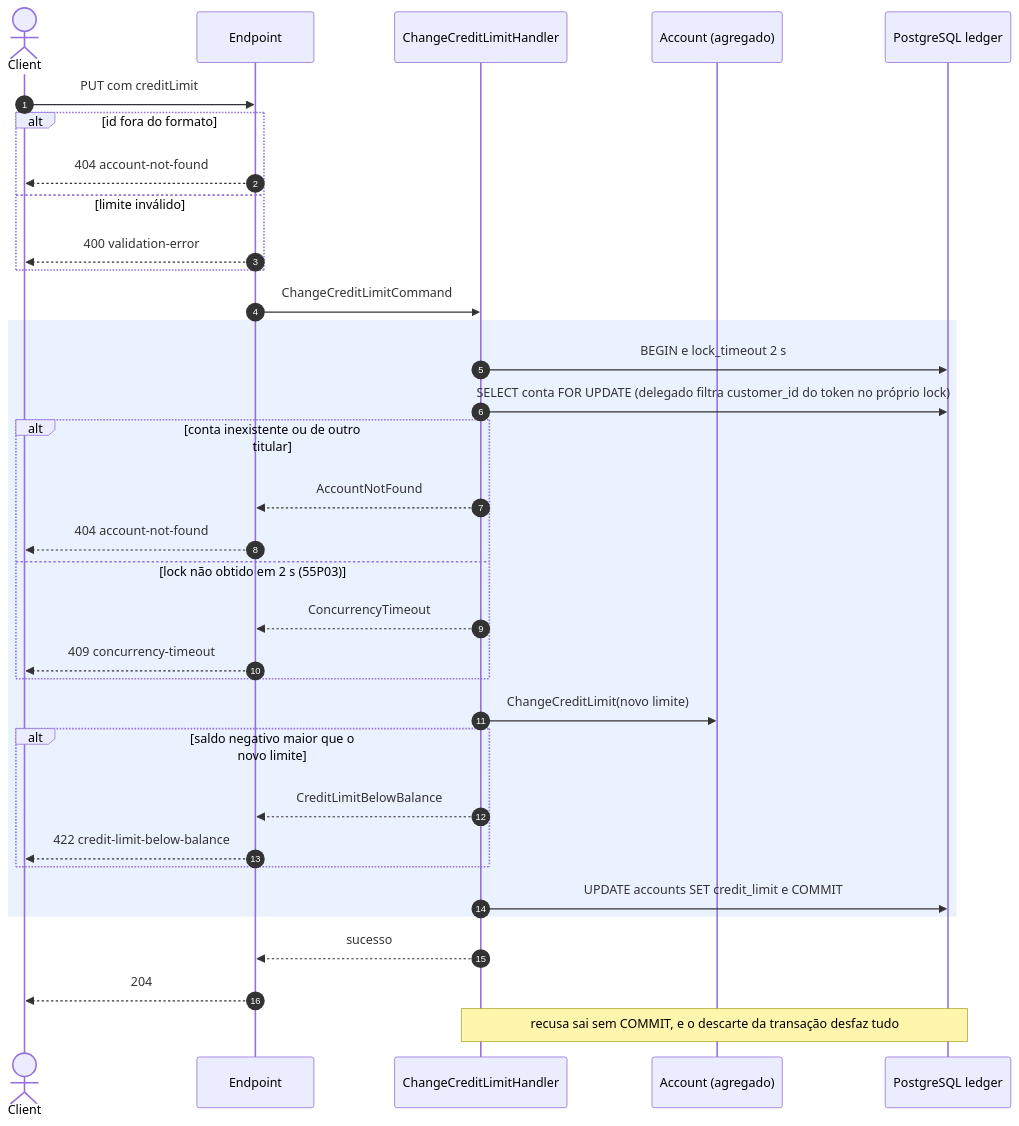
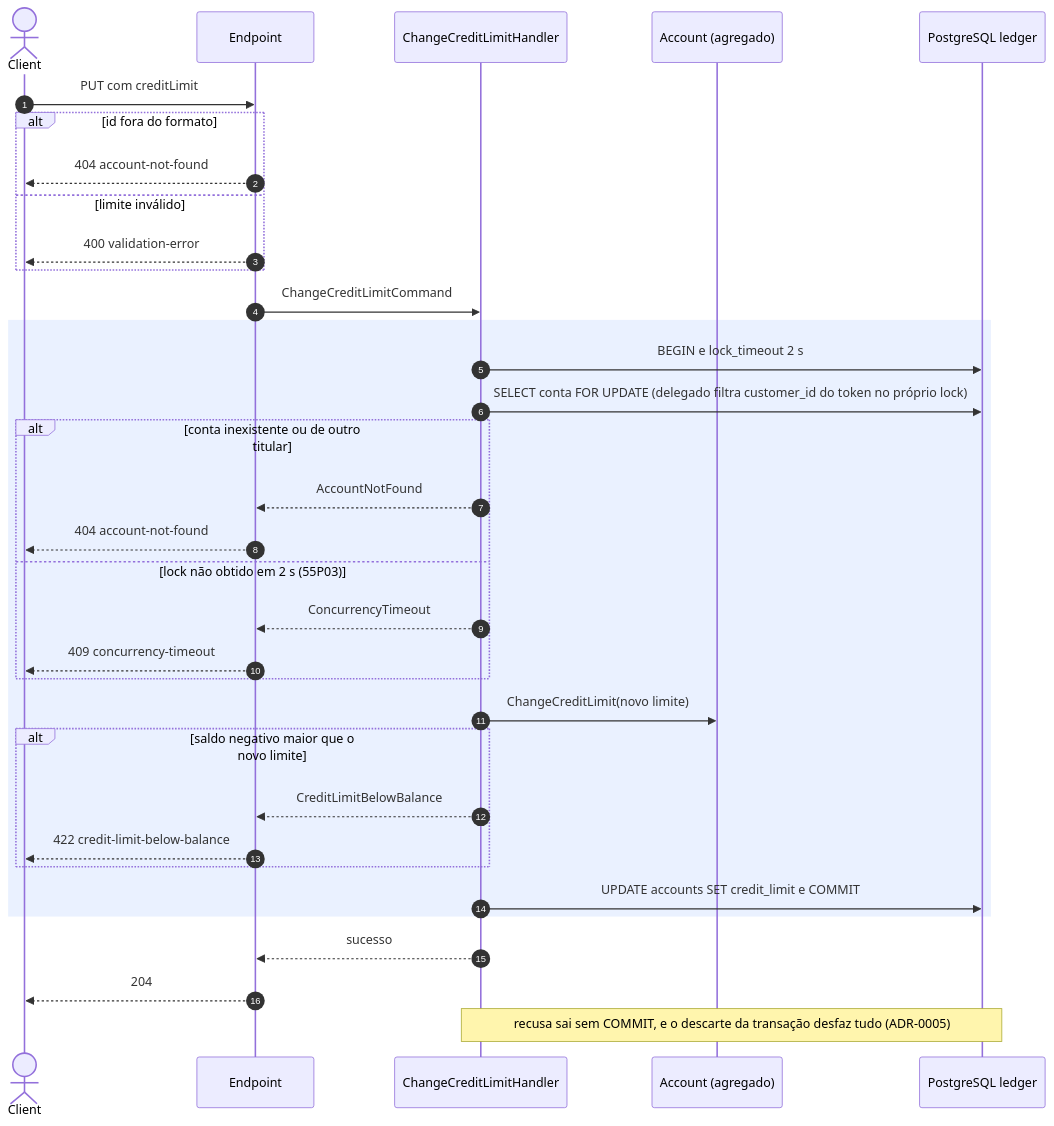
The fourth of 8 diagrams in docs/arquitetura/fluxos-ledger.md (arthuurw/desafio-arquiteto-keyrus), drawn with Mermaid before and after one commit. The commit also changed other lines of this file and 4 other files, not shown here.

First line of the commit message:
docs(fluxos): close the code review findings on the flow docs

````diff
--- a/docs/arquitetura/fluxos-ledger.md
+++ b/docs/arquitetura/fluxos-ledger.md
@@ -168,37 +168,37 @@
 ```mermaid
 sequenceDiagram
   autonumber
   actor C as Client
   participant E as Endpoint
   participant H as ChangeCreditLimitHandler
   participant A as Account (agregado)
   participant DB as PostgreSQL ledger
 
   C->>E: PUT com creditLimit
   alt id fora do formato
     E-->>C: 404 account-not-found
   else limite inválido
     E-->>C: 400 validation-error
   end
   E->>H: ChangeCreditLimitCommand
   rect rgba(80, 140, 255, 0.12)
     H->>DB: BEGIN e lock_timeout 2 s
     H->>DB: SELECT conta FOR UPDATE (delegado filtra customer_id do token no próprio lock)
     alt conta inexistente ou de outro titular
       H-->>E: AccountNotFound
       E-->>C: 404 account-not-found
     else lock não obtido em 2 s (55P03)
       H-->>E: ConcurrencyTimeout
       E-->>C: 409 concurrency-timeout
     end
     H->>A: ChangeCreditLimit(novo limite)
     alt saldo negativo maior que o novo limite
       H-->>E: CreditLimitBelowBalance
       E-->>C: 422 credit-limit-below-balance
     end
     H->>DB: UPDATE accounts SET credit_limit e COMMIT
   end
   H-->>E: sucesso
   E-->>C: 204
-  Note over H,DB: recusa sai sem COMMIT, e o descarte da transação desfaz tudo
+  Note over H,DB: recusa sai sem COMMIT, e o descarte da transação desfaz tudo (ADR-0005)
 ```
````
